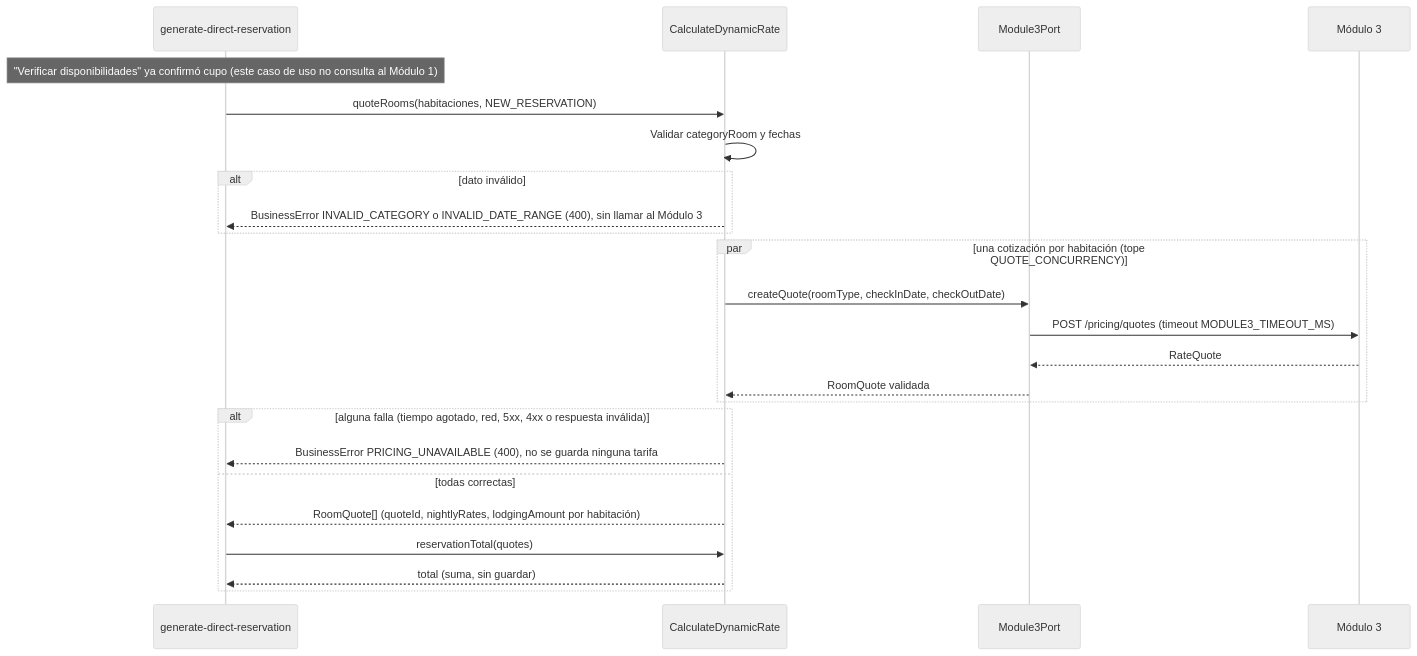
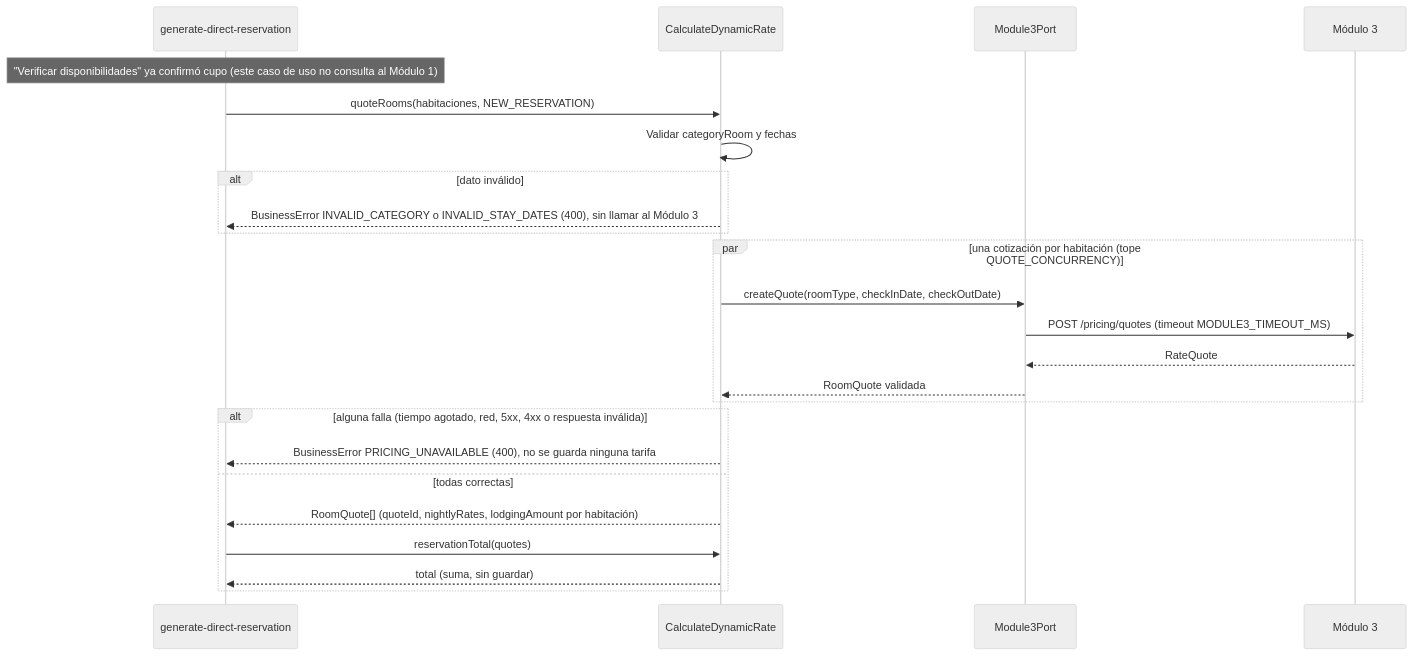
One commit to Lapicero312-lapi/HOSPITUA-MOD-2 changed the first of 4 diagrams in specs/calculate-dynamic-rate/plan.md. Above: the diagram before and after it, drawn with Mermaid (neutral theme). The commit also changed other lines of this file and 6 other files, not shown here.

````diff
--- a/specs/calculate-dynamic-rate/plan.md
+++ b/specs/calculate-dynamic-rate/plan.md
@@ -209,27 +209,27 @@
 ```mermaid
 sequenceDiagram
     participant G as generate-direct-reservation
     participant C as CalculateDynamicRate
     participant P as Module3Port
     participant M3 as Módulo 3
 
     Note over G: "Verificar disponibilidades" ya confirmó cupo (este caso de uso no consulta al Módulo 1)
     G->>C: quoteRooms(habitaciones, NEW_RESERVATION)
     C->>C: Validar categoryRoom y fechas
     alt dato inválido
-        C-->>G: BusinessError INVALID_CATEGORY o INVALID_DATE_RANGE (400), sin llamar al Módulo 3
+        C-->>G: BusinessError INVALID_CATEGORY o INVALID_STAY_DATES (400), sin llamar al Módulo 3
     end
     par una cotización por habitación (tope QUOTE_CONCURRENCY)
         C->>P: createQuote(roomType, checkInDate, checkOutDate)
         P->>M3: POST /pricing/quotes (timeout MODULE3_TIMEOUT_MS)
         M3-->>P: RateQuote
         P-->>C: RoomQuote validada
     end
     alt alguna falla (tiempo agotado, red, 5xx, 4xx o respuesta inválida)
         C-->>G: BusinessError PRICING_UNAVAILABLE (400), no se guarda ninguna tarifa
     else todas correctas
         C-->>G: RoomQuote[] (quoteId, nightlyRates, lodgingAmount por habitación)
         G->>C: reservationTotal(quotes)
         C-->>G: total (suma, sin guardar)
     end
 ```
````
